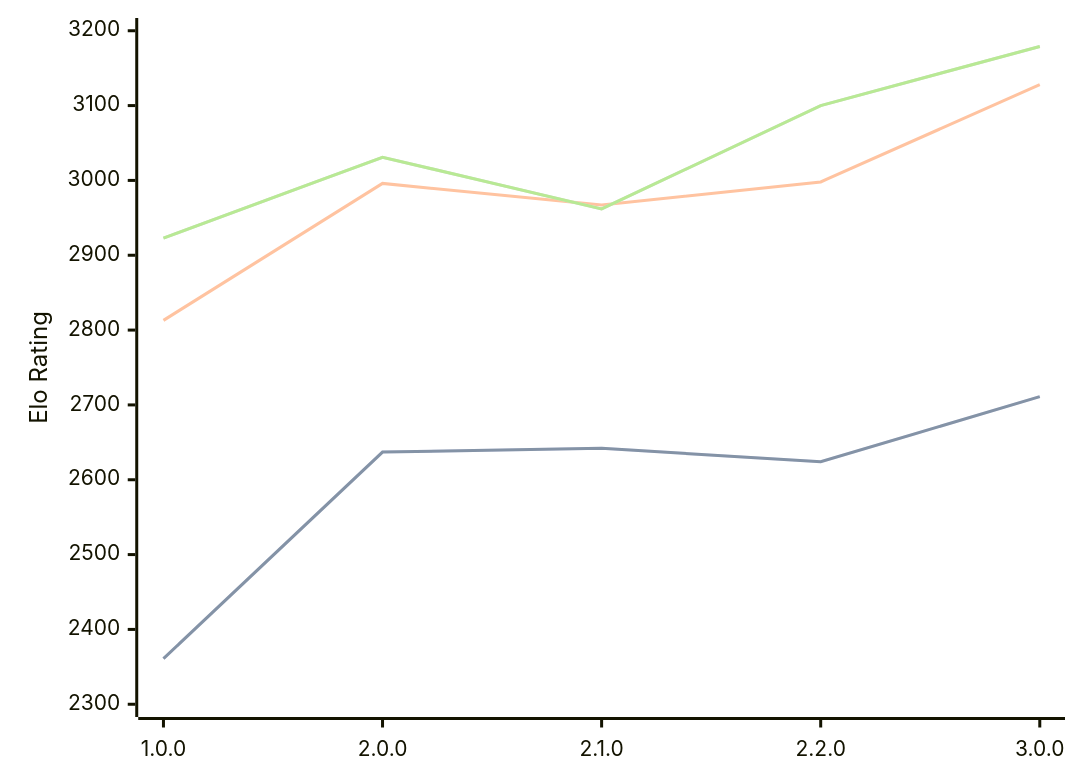
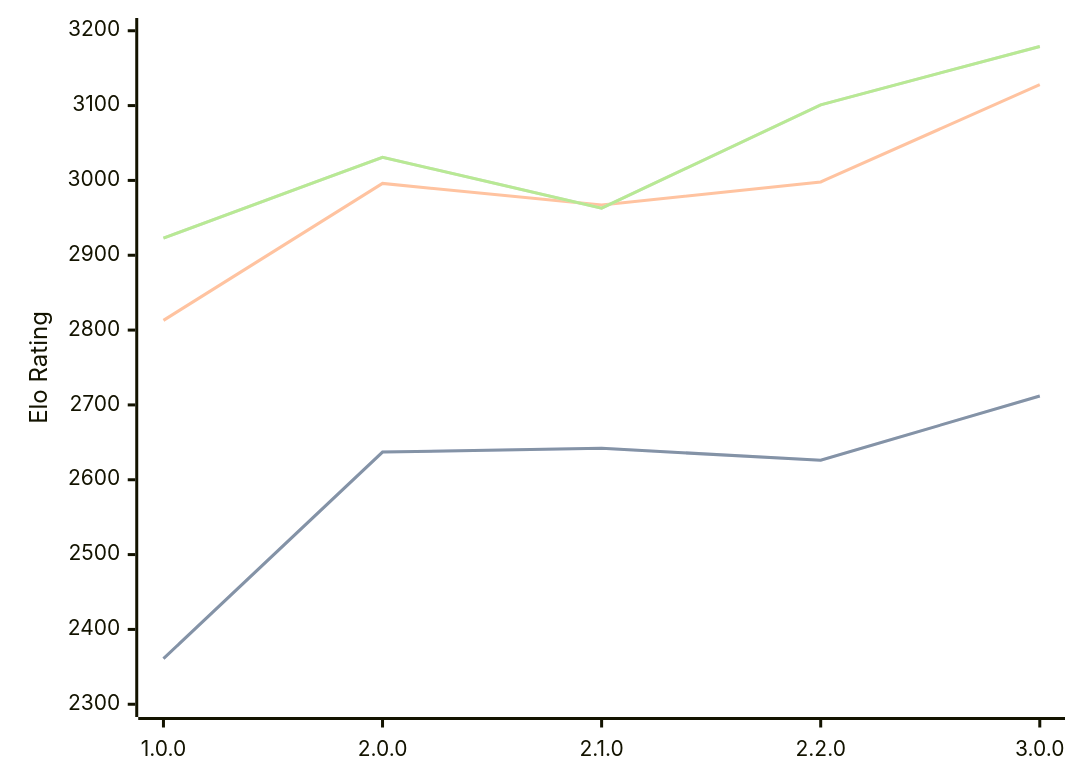
The diagram in engines/Catalyst.md (computer-chess-index/cci), drawn with Mermaid before and after one commit. The commit also changed other lines of this file, not shown here.

Commit message:
Update CCI Ratings (ELO VLTC) - 2026-05-04

````diff
--- a/engines/Catalyst.md
+++ b/engines/Catalyst.md
@@ -35,11 +35,11 @@
 ```mermaid
 %%{init: {"theme":"base","themeVariables":{"seriesColors:['#a3a3a3','#222221','#faa371']}}}%%
 xychart-beta
   x-axis ["1.0.0", "2.0.0", "2.1.0", "2.2.0", "3.0.0"]
   y-axis "Elo Rating" 2300 --> 3200
-  line "STC (8.0+0.08s)" [2361, 2637, 2642, 2624, 2711]
-  line "STC (8.0+0.08s)" [2361, 2637, 2642, 2624, 2711]
+  line "STC (8.0+0.08s)" [2361, 2637, 2642, 2626, 2712]
+  line "STC (8.0+0.08s)" [2361, 2637, 2642, 2626, 2712]
   line "LTC (60.0+0.60s)" [2813, 2996, 2967, 2998, 3128]
-  line "VLTC (2m24s+1.12s)" [2923, 3031, 2962, 3100, 3179]
-  line "VLTC (2m24s+1.12s)" [2923, 3031, 2962, 3100, 3179]
+  line "VLTC (2m24s+1.12s)" [2923, 3031, 2963, 3101, 3179]
+  line "VLTC (2m24s+1.12s)" [2923, 3031, 2963, 3101, 3179]
 ```
````
